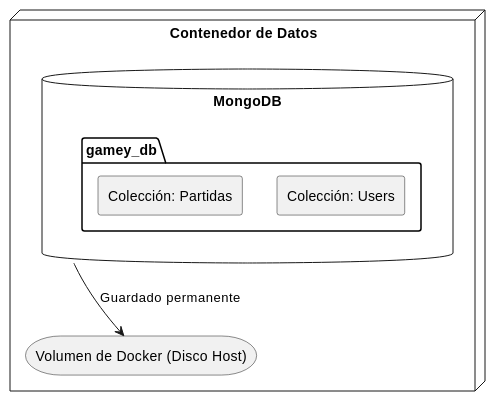
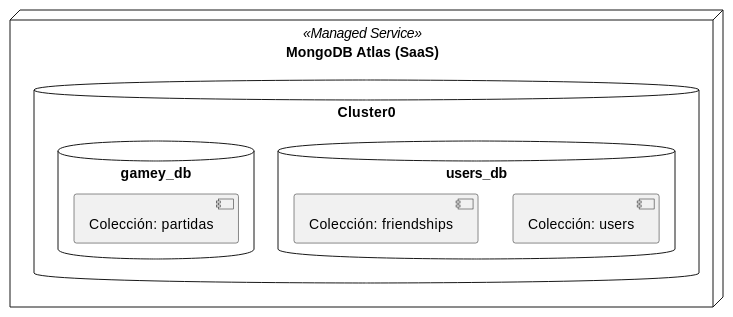
The fourth of 4 diagrams in docs/src/07_deployment_view.adoc (Arquisoft/yovi_es1b), drawn with PlantUML before and after one commit. The commit also changed other lines of this file and 4 other files, not shown here.

```diff
--- a/docs/src/07_deployment_view.adoc
+++ b/docs/src/07_deployment_view.adoc
@@ -207,18 +138,16 @@
 [plantuml, level2-db, png]
 ----
 @startuml
-skinparam componentStyle rectangle
-
-node "Contenedor de Datos" {
-    database "MongoDB" as store {
-        folder "gamey_db" {
-            [Colección: Users] as users
-            [Colección: Partidas] as games
+node "MongoDB Atlas (SaaS)" <<Managed Service>> {
+    database "Cluster0" {
+        database "users_db" {
+            [Colección: users]
+            [Colección: friendships]
+        }
+        database "gamey_db" {
+            [Colección: partidas]
         }
     }
-    storage "Volumen de Docker (Disco Host)" as disk
 }
-
-store -down-> disk : Guardado permanente
 @enduml
 ----
```
